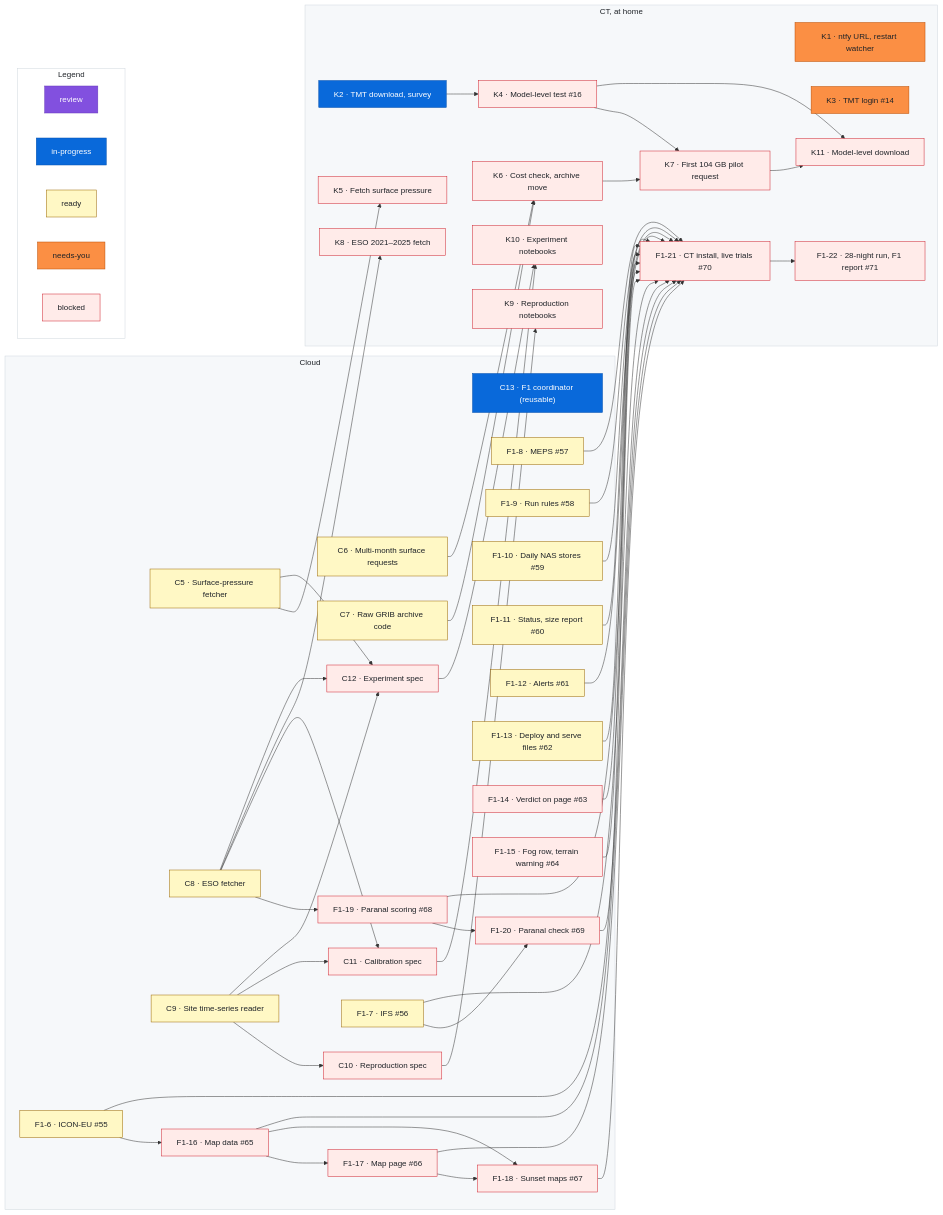
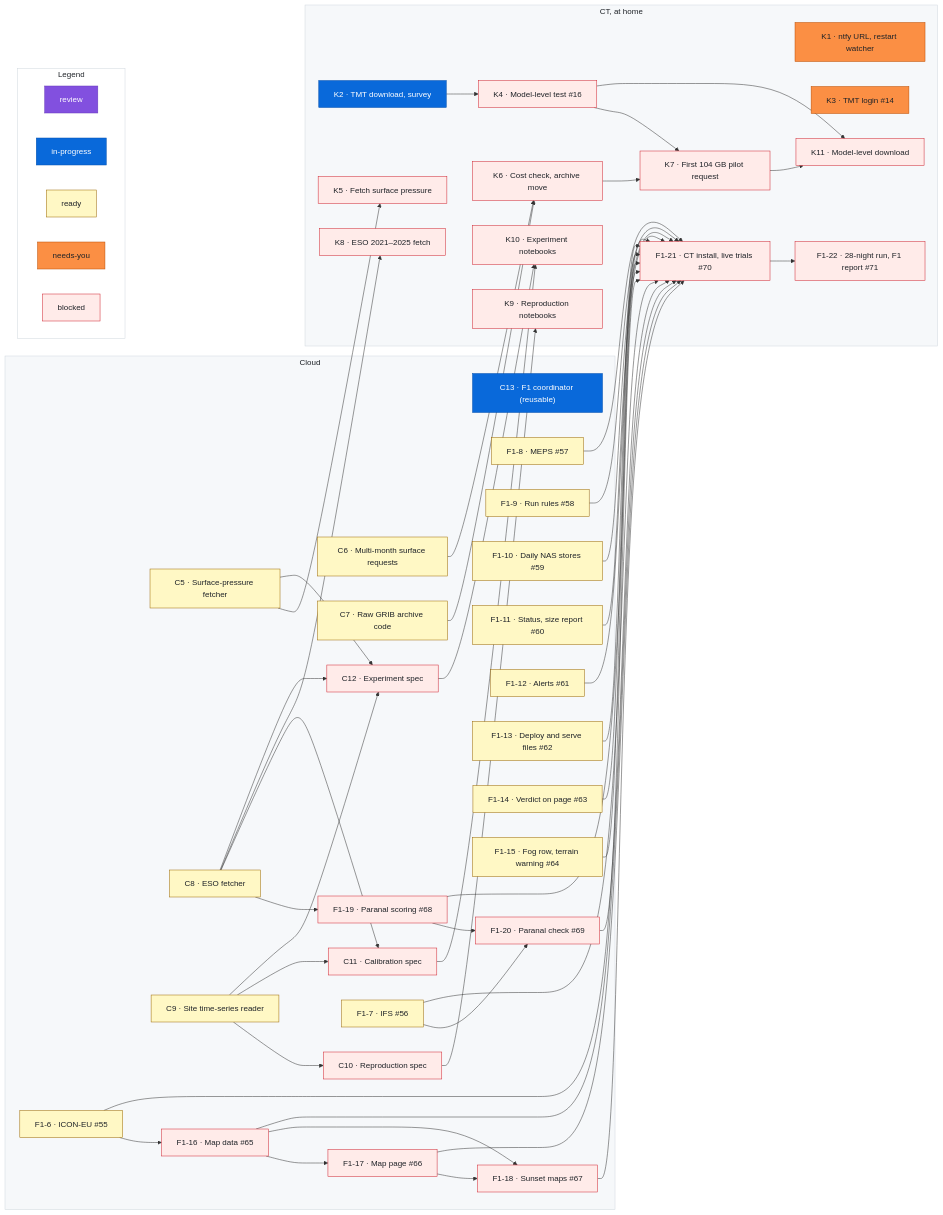
One commit to rrweller/Astro-seeing changed the diagram in docs/roadmap.md. Above: the diagram before and after it, drawn with Mermaid. The commit also changed other lines of this file, not shown here.

Commit message:
roadmap: sweep (F1-14 ready, F1-15 ready)

```diff
--- a/docs/roadmap.md
+++ b/docs/roadmap.md
@@ -229,9 +229,9 @@
   %% ---
   class F1_13 ready
   %% ---
-  class F1_14 blocked
+  class F1_14 ready
   %% ---
-  class F1_15 blocked
+  class F1_15 ready
   %% ---
   class F1_16 blocked
   %% ---
```
